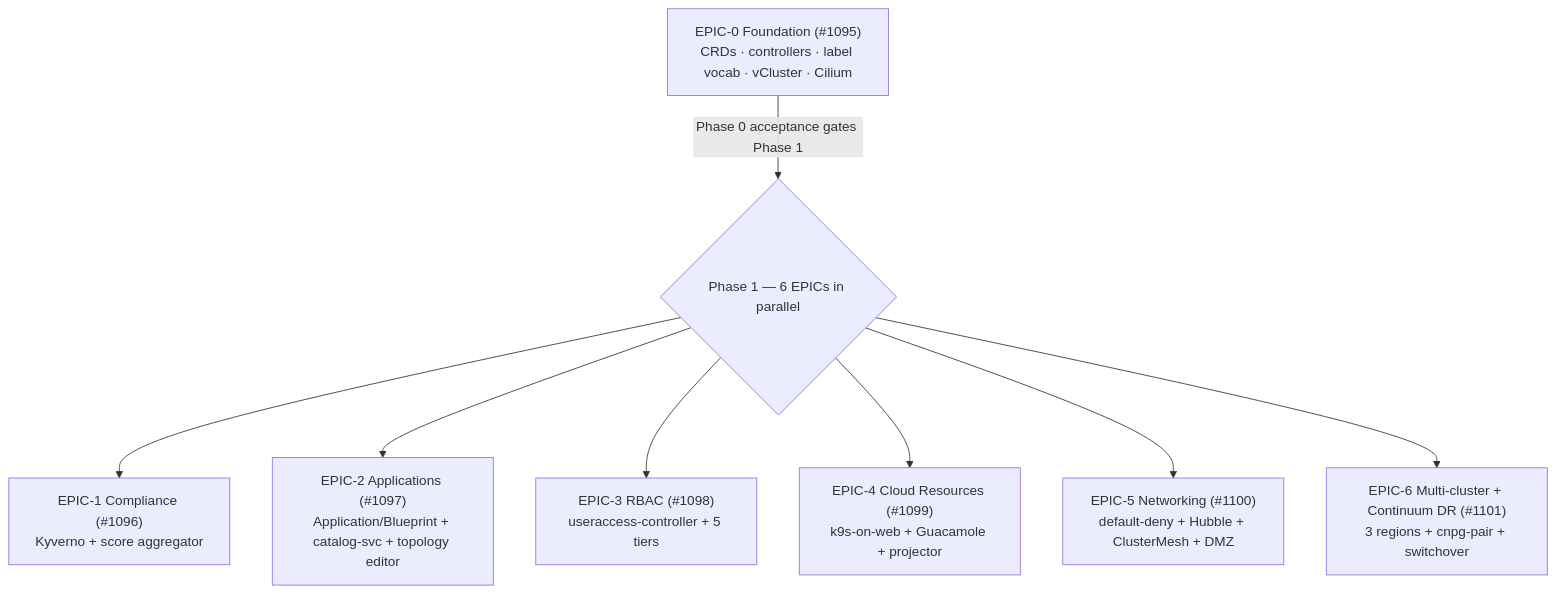
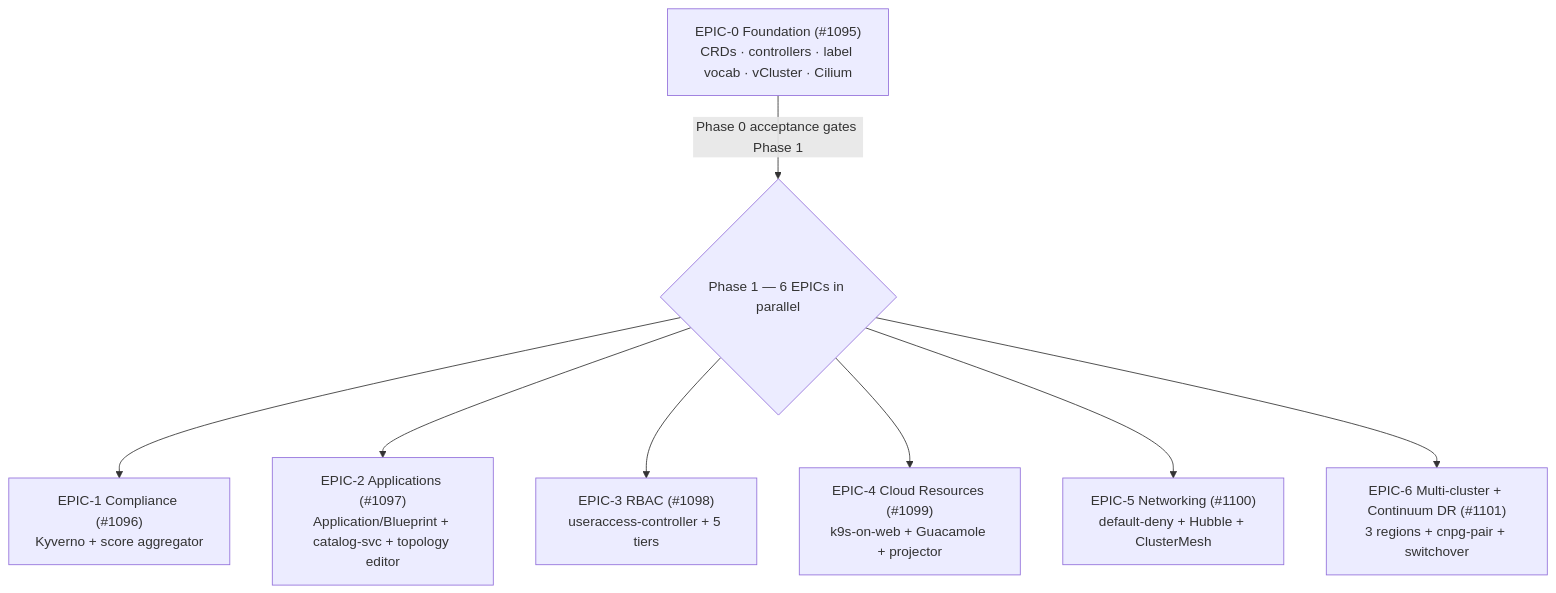
One commit to openova-io/openova changed diagram 13 of 13 in docs/ARCHITECTURE.md. Above: the diagram before and after it, drawn with Mermaid. The commit also changed other lines of this file and 4 other files, not shown here.

First line of the commit message:
docs: the canonical documents state the zone, firewall and default-deny design of record 0019 (NET-055)

````diff
--- a/docs/ARCHITECTURE.md
+++ b/docs/ARCHITECTURE.md
@@ -1749,11 +1752,11 @@
 ```mermaid
 graph TB
   E0["EPIC-0 Foundation (#1095)<br/>CRDs · controllers · label vocab · vCluster · Cilium"]
   E0 -->|"Phase 0 acceptance gates Phase 1"| P1{"Phase 1 — 6 EPICs in parallel"}
   P1 --> E1["EPIC-1 Compliance (#1096)<br/>Kyverno + score aggregator"]
   P1 --> E2["EPIC-2 Applications (#1097)<br/>Application/Blueprint + catalog-svc + topology editor"]
   P1 --> E3["EPIC-3 RBAC (#1098)<br/>useraccess-controller + 5 tiers"]
   P1 --> E4["EPIC-4 Cloud Resources (#1099)<br/>k9s-on-web + Guacamole + projector"]
-  P1 --> E5["EPIC-5 Networking (#1100)<br/>default-deny + Hubble + ClusterMesh + DMZ"]
+  P1 --> E5["EPIC-5 Networking (#1100)<br/>default-deny + Hubble + ClusterMesh"]
   P1 --> E6["EPIC-6 Multi-cluster + Continuum DR (#1101)<br/>3 regions + cnpg-pair + switchover"]
 ```
````
